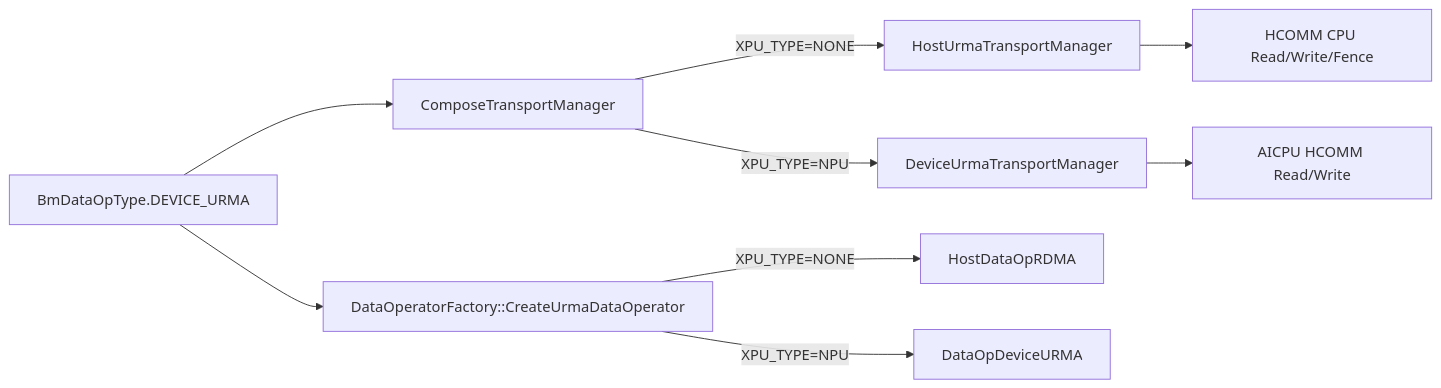
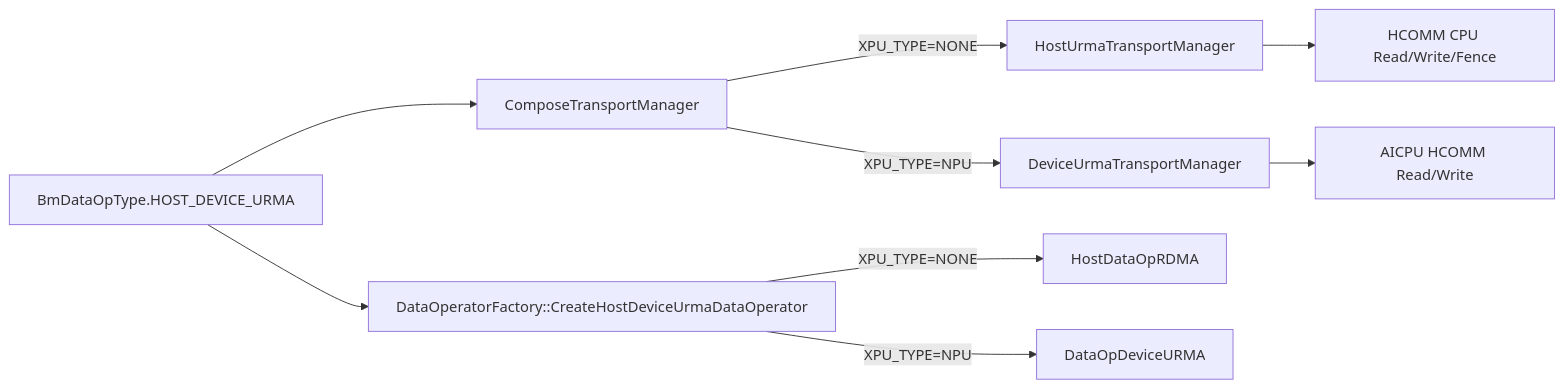
The first of 3 diagrams in docs/batch_copy_aicpu_urma_staged_implementation_plan.md (NoCoder0/memfabric_hybrid), drawn with Mermaid before and after one commit. The commit also changed other lines of this file and 1 other file, not shown here.

````diff
--- a/docs/batch_copy_aicpu_urma_staged_implementation_plan.md
+++ b/docs/batch_copy_aicpu_urma_staged_implementation_plan.md
@@ -107,11 +137,11 @@
 ```mermaid
 flowchart LR
-    A["BmDataOpType.DEVICE_URMA"] --> B["ComposeTransportManager"]
+    A["BmDataOpType.HOST_DEVICE_URMA"] --> B["ComposeTransportManager"]
     B -->|"XPU_TYPE=NONE"| C["HostUrmaTransportManager"]
     B -->|"XPU_TYPE=NPU"| D["DeviceUrmaTransportManager"]
-    A --> E["DataOperatorFactory::CreateUrmaDataOperator"]
+    A --> E["DataOperatorFactory::CreateHostDeviceUrmaDataOperator"]
     E -->|"XPU_TYPE=NONE"| F["HostDataOpRDMA"]
     E -->|"XPU_TYPE=NPU"| G["DataOpDeviceURMA"]
     C --> H["HCOMM CPU Read/Write/Fence"]
     D --> I["AICPU HCOMM Read/Write"]
 ```
````
